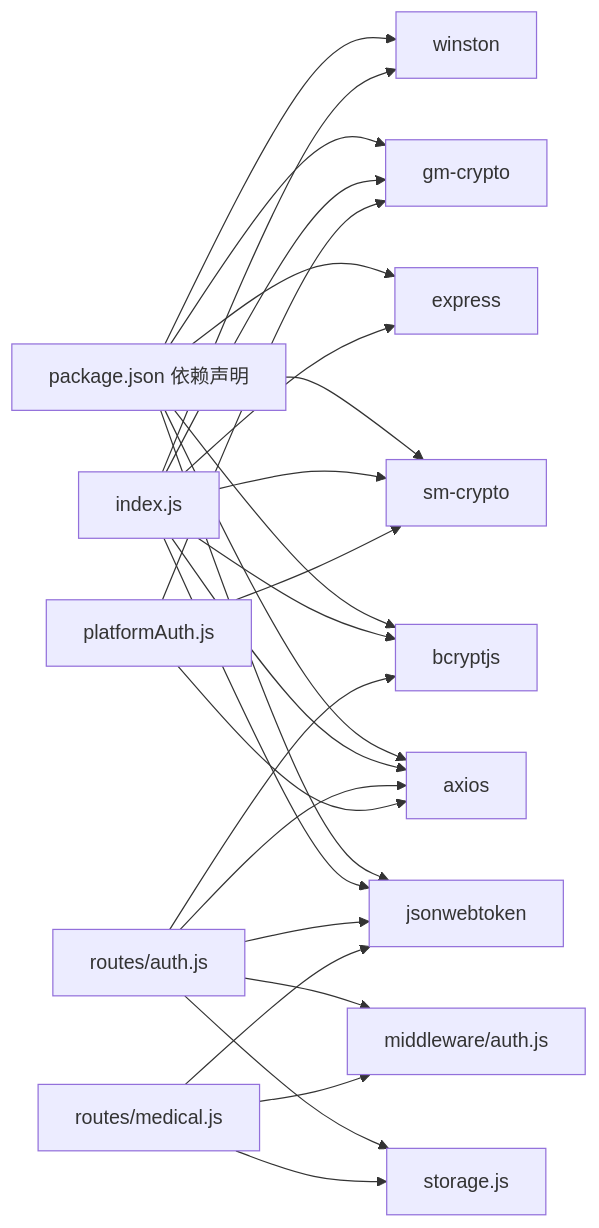
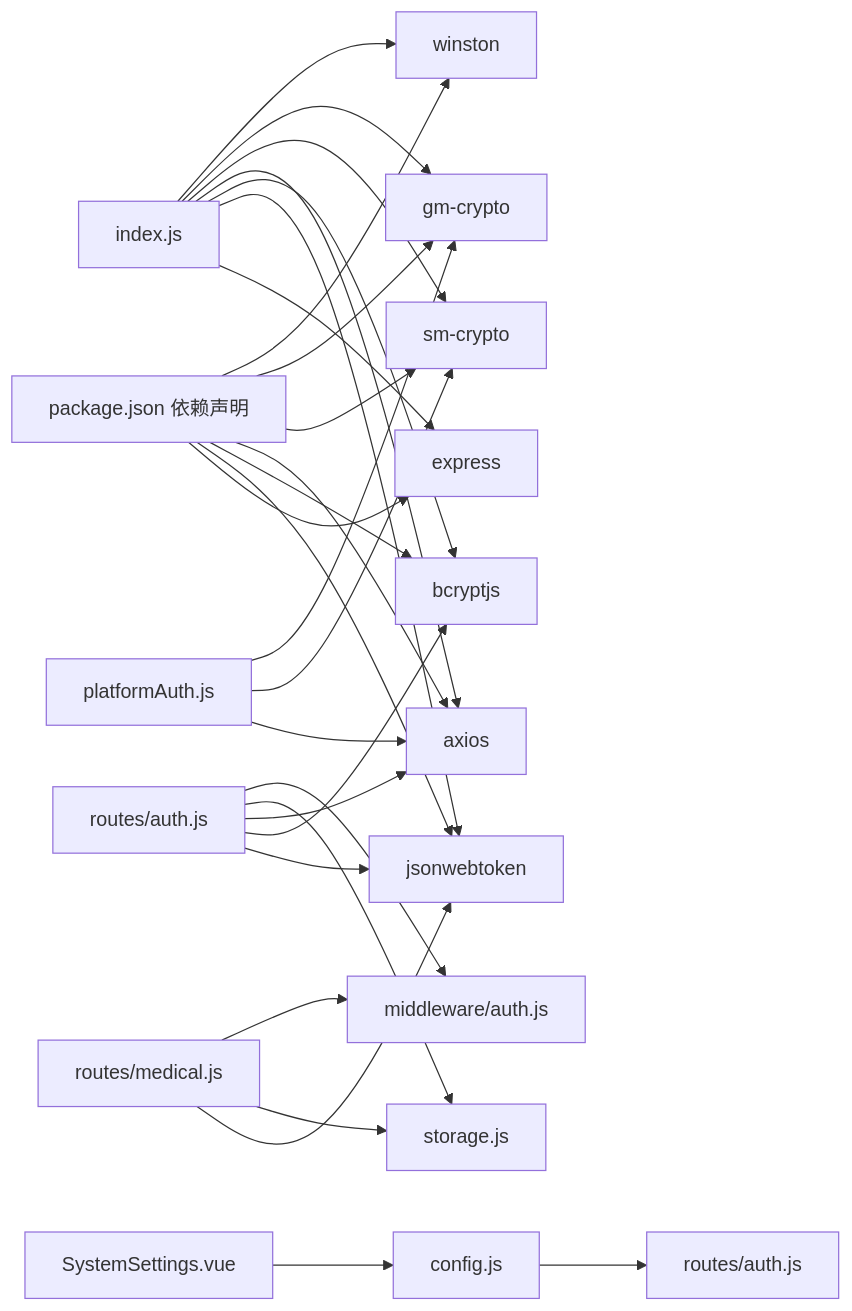
One commit to Giraffe-Han/microAPP changed the tenth of 10 diagrams in .qoder/repowiki/zh/content/后端服务架构/认证与授权系统/认证与授权系统.md. Above: the diagram before and after it, drawn with Mermaid. The commit also changed other lines of this file and 14 other files, not shown here.

````diff
--- a/.qoder/repowiki/zh/content/后端服务架构/认证与授权系统/认证与授权系统.md
+++ b/.qoder/repowiki/zh/content/后端服务架构/认证与授权系统/认证与授权系统.md
@@ -449,28 +501,30 @@
 ```mermaid
 graph LR
 pkg["package.json 依赖声明"] --> exp["express"]
 pkg --> jwt["jsonwebtoken"]
 pkg --> bcr["bcryptjs"]
 pkg --> ax["axios"]
 pkg --> smc["sm-crypto"]
 pkg --> gm["gm-crypto"]
 pkg --> win["winston"]
 idx["index.js"] --> exp
 idx --> jwt
 idx --> bcr
 idx --> ax
 idx --> smc
 idx --> gm
 idx --> win
 ra["routes/auth.js"] --> jwt
 ra --> bcr
 ra --> ax
 ra --> st["storage.js"]
 ra --> mw["middleware/auth.js"]
 rm["routes/medical.js"] --> jwt
 rm --> st
 rm --> mw
 pa["platformAuth.js"] --> ax
 pa --> smc
 pa --> gm
+ss["SystemSettings.vue"] --> cfg["config.js"]
+cfg --> auth["routes/auth.js"]
 ```
````
